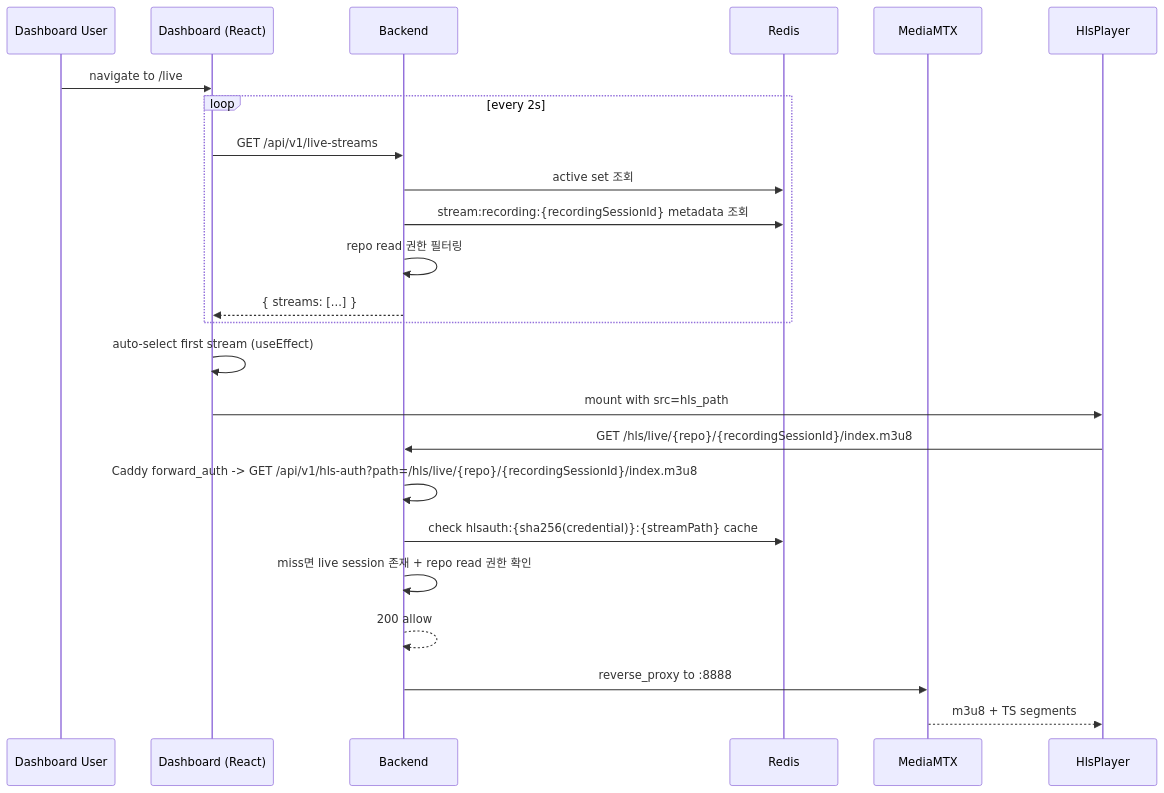
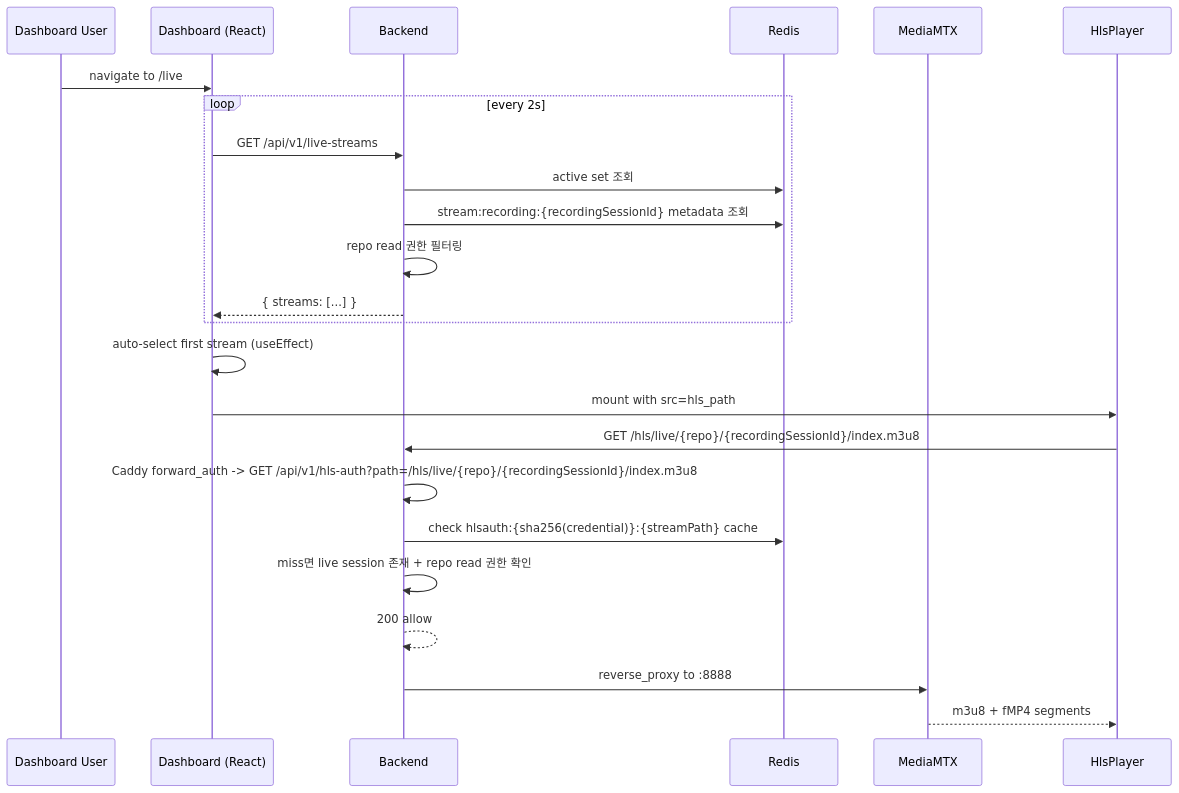
Before and after one commit to ego-flow/ego-flow-server: the fourth of 7 diagrams in docs/09. project_streaming.md, drawn with Mermaid. The commit also changed other lines of this file and 20 other files, not shown here.

````diff
--- a/docs/09. project_streaming.md
+++ b/docs/09. project_streaming.md
@@ -227,27 +227,27 @@
 ```mermaid
 sequenceDiagram
     participant User as Dashboard User
     participant FE as Dashboard (React)
     participant BE as Backend
     participant Redis
     participant MTX as MediaMTX
     participant HP as HlsPlayer
 
     User->>FE: navigate to /live
     loop every 2s
         FE->>BE: GET /api/v1/live-streams
         BE->>Redis: active set 조회
         BE->>Redis: stream:recording:{recordingSessionId} metadata 조회
         BE->>BE: repo read 권한 필터링
         BE-->>FE: { streams: [...] }
     end
     FE->>FE: auto-select first stream (useEffect)
     FE->>HP: mount with src=hls_path
     HP->>BE: GET /hls/live/{repo}/{recordingSessionId}/index.m3u8
     BE->>BE: Caddy forward_auth -> GET /api/v1/hls-auth?path=/hls/live/{repo}/{recordingSessionId}/index.m3u8
     BE->>Redis: check hlsauth:{sha256(credential)}:{streamPath} cache
     BE->>BE: miss면 live session 존재 + repo read 권한 확인
     BE-->>BE: 200 allow
     BE->>MTX: reverse_proxy to :8888
-    MTX-->>HP: m3u8 + TS segments
+    MTX-->>HP: m3u8 + fMP4 segments
 ```
````
